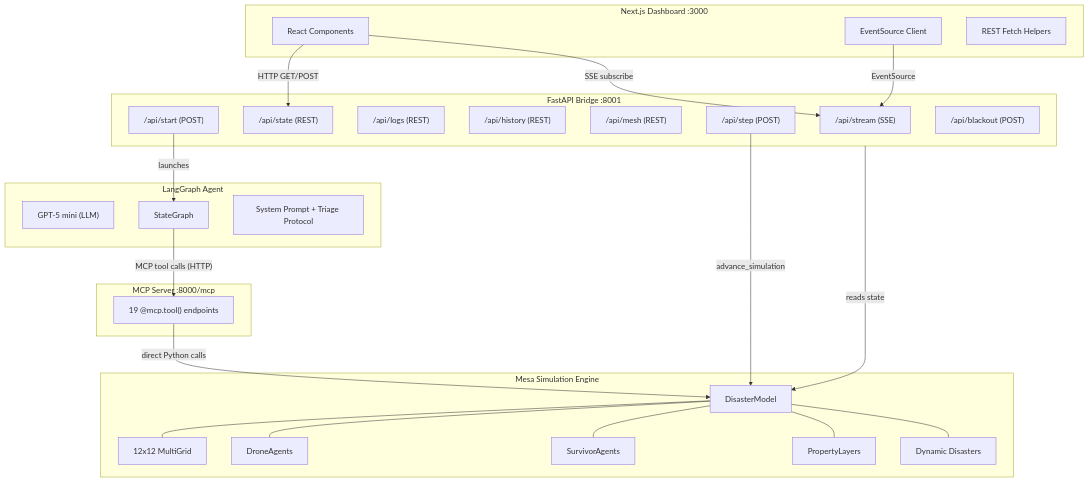
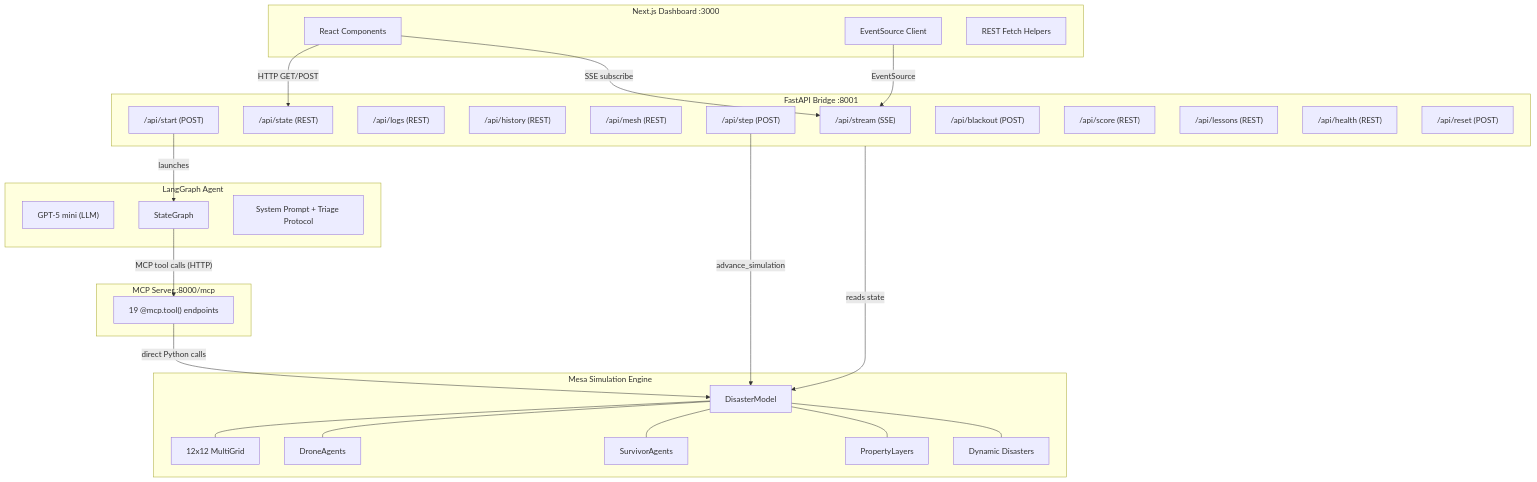
The first of 8 diagrams in README.md (Andersonnn7788/drone-agents), drawn with Mermaid before and after one commit. The commit also changed other lines of this file and 20 other files, not shown here.

Commit message:
fix all the bugs and update readme and architecture

````diff
--- a/README.md
+++ b/README.md
@@ -38,56 +38,60 @@
 ```mermaid
 flowchart TB
     subgraph Frontend["Next.js Dashboard :3000"]
         RC[React Components]
         ES[EventSource Client]
         REST_C[REST Fetch Helpers]
     end
 
     subgraph API["FastAPI Bridge :8001"]
         SSE["/api/stream (SSE)"]
         STATE["/api/state (REST)"]
         LOGS["/api/logs (REST)"]
         HIST["/api/history (REST)"]
         MESH_EP["/api/mesh (REST)"]
         START["/api/start (POST)"]
         STEP["/api/step (POST)"]
         BLACKOUT_EP["/api/blackout (POST)"]
+        SCORE["/api/score (REST)"]
+        LESSONS["/api/lessons (REST)"]
+        HEALTH["/api/health (REST)"]
+        RESET["/api/reset (POST)"]
     end
 
     subgraph Agent["LangGraph Agent"]
         LLM["GPT-5 mini (LLM)"]
         SG[StateGraph]
         SP[System Prompt + Triage Protocol]
     end
 
     subgraph MCP["MCP Server :8000/mcp"]
         TOOLS["19 @mcp.tool() endpoints"]
     end
 
     subgraph Sim["Mesa Simulation Engine"]
         MODEL[DisasterModel]
         GRID["12x12 MultiGrid"]
         DRONES[DroneAgents]
         SURVIVORS[SurvivorAgents]
         PL[PropertyLayers]
         DYN[Dynamic Disasters]
     end
 
     RC -->|"SSE subscribe"| SSE
     RC -->|"HTTP GET/POST"| STATE
     ES -->|"EventSource"| SSE
 
     API -->|"reads state"| MODEL
 
     SG -->|"MCP tool calls (HTTP)"| TOOLS
     TOOLS -->|"direct Python calls"| MODEL
 
     START -->|"launches"| SG
     STEP -->|"advance_simulation"| MODEL
 
     MODEL --- GRID
     MODEL --- DRONES
     MODEL --- SURVIVORS
     MODEL --- PL
     MODEL --- DYN
 ```
````
